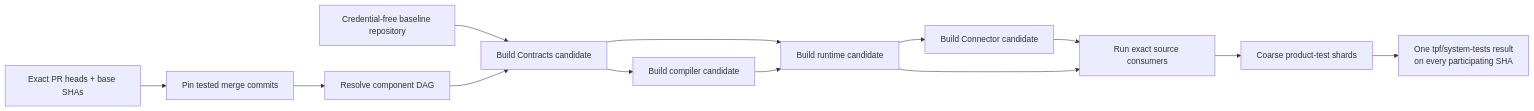
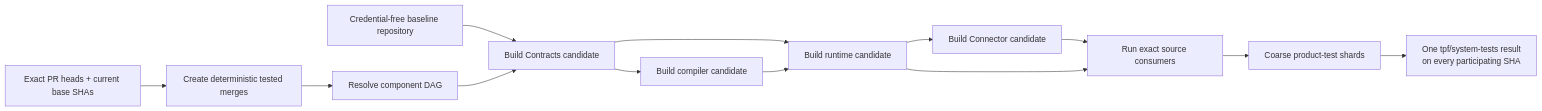
Before and after one commit to The-Pipeline-Framework/pipelineframework: the third of 5 diagrams in docs/evolve/cross-repository-system-tests.md, drawn with Mermaid. The commit also changed other lines of this file and 8 other files, not shown here.

````diff
--- a/docs/evolve/cross-repository-system-tests.md
+++ b/docs/evolve/cross-repository-system-tests.md
@@ -168,15 +172,15 @@
 ```mermaid
 flowchart LR
-    PRs[Exact PR heads + base SHAs] --> Merge[Pin tested merge commits]
+    PRs[Exact PR heads + current base SHAs] --> Merge[Create deterministic tested merges]
     Merge --> Resolve[Resolve component DAG]
     Baseline[Credential-free baseline repository] --> Contracts
     Resolve --> Contracts[Build Contracts candidate]
     Contracts --> Compiler[Build compiler candidate]
     Contracts --> Runtime[Build runtime candidate]
     Compiler --> Runtime
     Runtime --> Connectors[Build Connector candidate]
     Connectors --> Consumers[Run exact source consumers]
     Runtime --> Consumers
     Consumers --> Shards[Coarse product-test shards]
     Shards --> Status[One tpf/system-tests result<br/>on every participating SHA]
 ```
````
